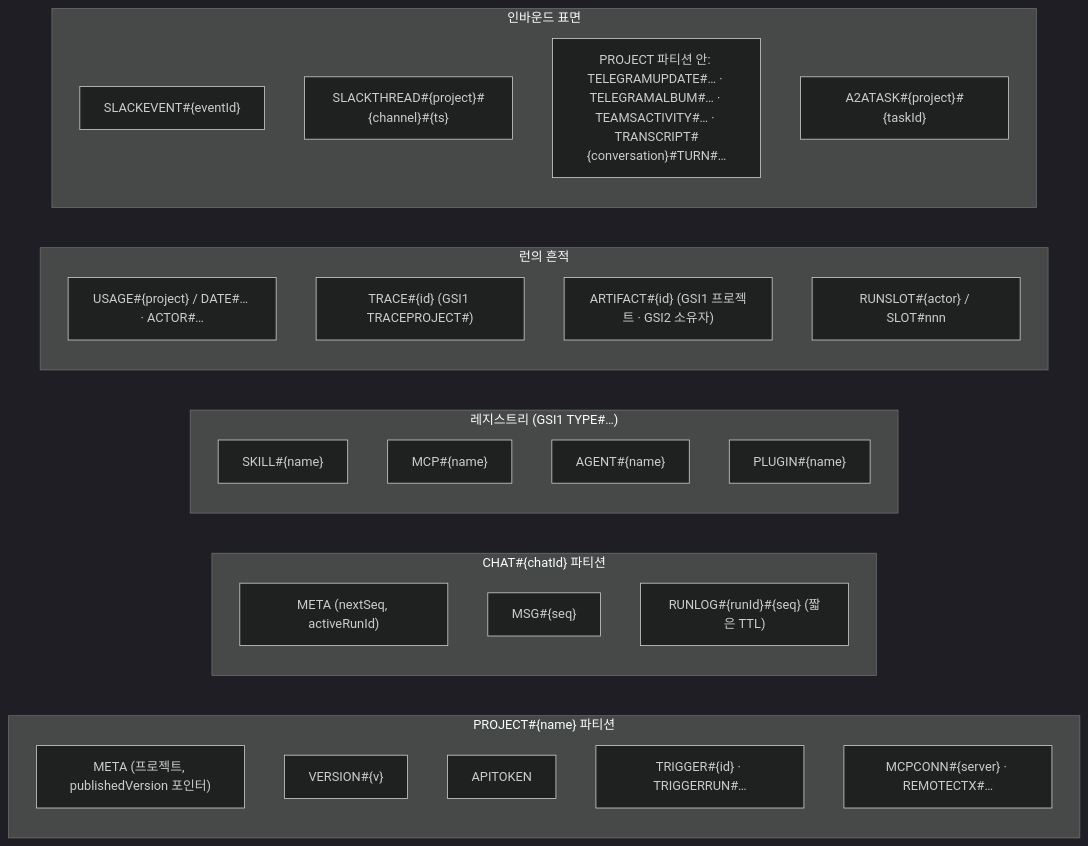
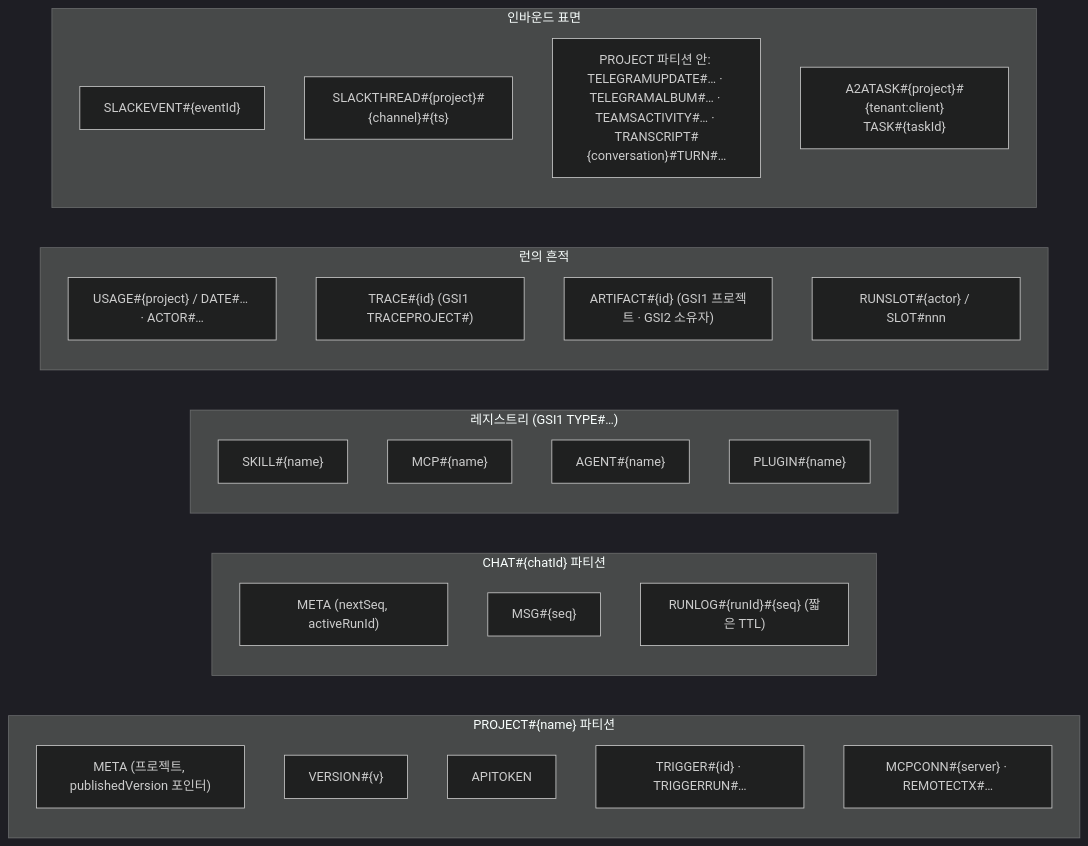
Before and after one commit to opspresso/agent-studio: the sixth of 6 diagrams in docs/DIAGRAMS.md, drawn with Mermaid (dark theme). The commit also changed other lines of this file and 90 other files, not shown here.

````diff
--- a/docs/DIAGRAMS.md
+++ b/docs/DIAGRAMS.md
@@ -200,33 +202,33 @@
 ```mermaid
 flowchart LR
   subgraph project["PROJECT#{name} 파티션"]
     meta["META (프로젝트, publishedVersion 포인터)"]
     ver["VERSION#{v}"]
     tok["APITOKEN"]
     trig["TRIGGER#{id} · TRIGGERRUN#…"]
     conn["MCPCONN#{server} · REMOTECTX#…"]
   end
   subgraph chat["CHAT#{chatId} 파티션"]
     cmeta["META (nextSeq, activeRunId)"]
     msg["MSG#{seq}"]
     runlog["RUNLOG#{runId}#{seq} (짧은 TTL)"]
   end
   subgraph registry["레지스트리 (GSI1 TYPE#…)"]
     skill["SKILL#{name}"]
     mcp["MCP#{name}"]
     agent["AGENT#{name}"]
     plugin["PLUGIN#{name}"]
   end
   subgraph runs["런의 흔적"]
     usage["USAGE#{project} / DATE#… · ACTOR#…"]
     trace["TRACE#{id} (GSI1 TRACEPROJECT#)"]
     artifact["ARTIFACT#{id} (GSI1 프로젝트 · GSI2 소유자)"]
     slot["RUNSLOT#{actor} / SLOT#nnn"]
   end
   subgraph inbound["인바운드 표면"]
     sev["SLACKEVENT#{eventId}"]
     sthread["SLACKTHREAD#{project}#{channel}#{ts}"]
     transcript["PROJECT 파티션 안: TELEGRAMUPDATE#… · TELEGRAMALBUM#… · TEAMSACTIVITY#… · TRANSCRIPT#{conversation}#TURN#…"]
-    a2atask["A2ATASK#{project}#{taskId}"]
+    a2atask["A2ATASK#{project}#{tenant:client}<br/>TASK#{taskId}"]
   end
 ```
````
